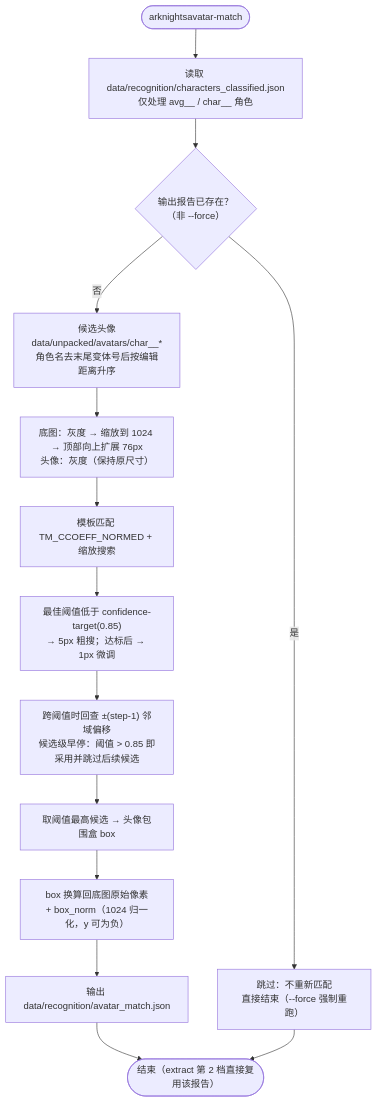
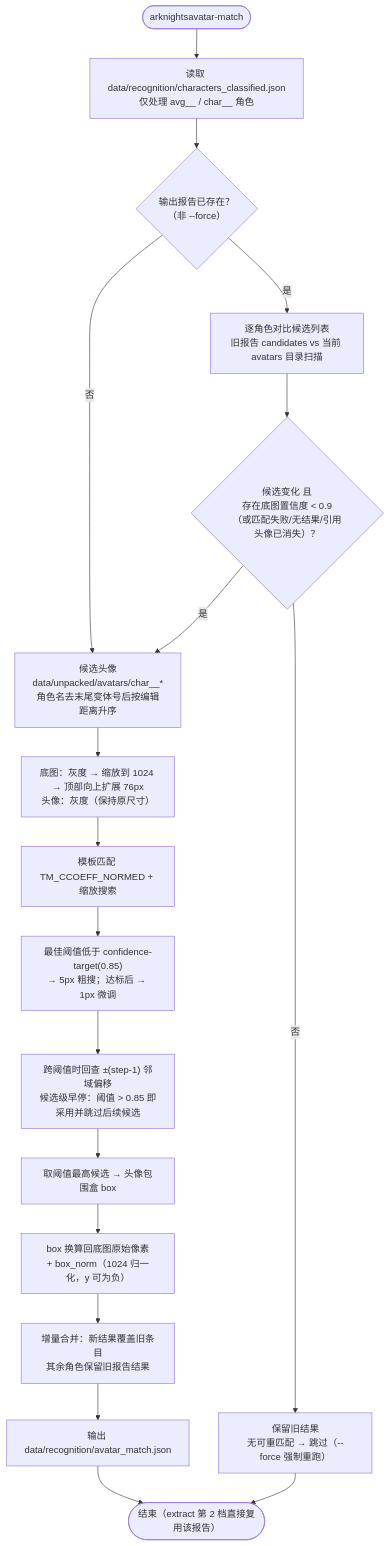
One commit to Arkfans/ArknightsAvatar changed the fifth of 11 diagrams in docs/生产流程图.md. Above: the diagram before and after it, drawn with Mermaid. The commit also changed 3 other files, not shown here.

````diff
--- a/docs/生产流程图.md
+++ b/docs/生产流程图.md
@@ -169,16 +169,20 @@
 ```mermaid
 flowchart TD
     Start(["arknightsavatar-match"]) --> ReadC["读取 data/recognition/characters_classified.json<br/>仅处理 avg_<id>_ / char_<id>_ 角色"]
     ReadC --> Cache{"输出报告已存在？<br/>（非 --force）"}
-    Cache -->|"是"| Skip["跳过：不重新匹配<br/>直接结束（--force 强制重跑）"]
     Cache -->|"否"| Cand["候选头像<br/>data/unpacked/avatars/char_<seq>_*<br/>角色名去末尾变体号后按编辑距离升序"]
+    Cache -->|"是"| Diff["逐角色对比候选列表<br/>旧报告 candidates vs 当前 avatars 目录扫描"]
+    Diff --> Need{"候选变化 且<br/>存在底图置信度 < 0.9<br/>（或匹配失败/无结果/引用头像已消失）？"}
+    Need -->|"否"| Skip["保留旧结果<br/>无可重匹配 → 跳过（--force 强制重跑）"]
+    Need -->|"是"| Cand
     Cand --> Prep["底图：灰度 → 缩放到 1024 → 顶部向上扩展 76px<br/>头像：灰度（保持原尺寸）"]
     Prep --> Search["模板匹配 TM_CCOEFF_NORMED + 缩放搜索"]
     Search --> Coarse["最佳阈值低于 confidence-target(0.85)<br/>→ 5px 粗搜；达标后 → 1px 微调"]
     Coarse --> Cross["跨阈值时回查 ±(step-1) 邻域偏移<br/>候选级早停：阈值 > 0.85 即采用并跳过后续候选"]
     Cross --> Best["取阈值最高候选 → 头像包围盒 box"]
     Best --> Norm["box 换算回底图原始像素<br/>+ box_norm（1024 归一化，y 可为负）"]
-    Norm --> OutM["输出 data/recognition/avatar_match.json"]
+    Norm --> Merge["增量合并：新结果覆盖旧条目<br/>其余角色保留旧报告结果"]
+    Merge --> OutM["输出 data/recognition/avatar_match.json"]
     OutM --> Done(["结束（extract 第 2 档直接复用该报告）"])
     Skip --> Done
 ```
````
